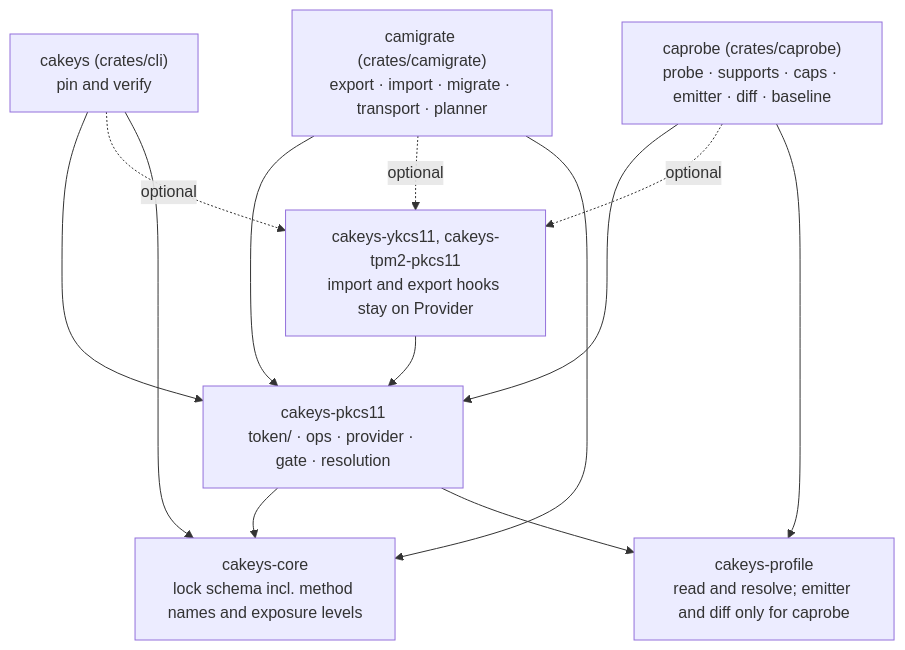
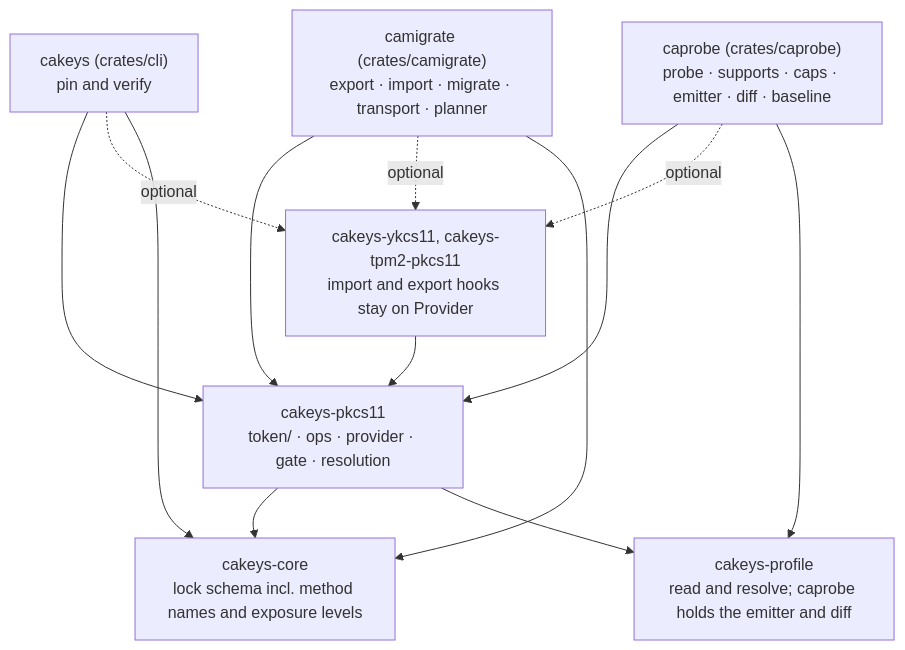
The second of 3 diagrams in docs/ARCHITECTURE.md (Princemachiavelli/cakeys), drawn with Mermaid before and after one commit. The commit also changed other lines of this file and 53 other files, not shown here.

````diff
--- a/docs/ARCHITECTURE.md
+++ b/docs/ARCHITECTURE.md
@@ -134,23 +136,23 @@
 ```mermaid
 flowchart TD
     CLI["cakeys (crates/cli)<br/>pin and verify"]
     PROBE["caprobe (crates/caprobe)<br/>probe · supports · caps · emitter · diff · baseline"]
     MIG["camigrate (crates/camigrate)<br/>export · import · migrate · transport · planner"]
     P11["cakeys-pkcs11<br/>token/ · ops · provider · gate · resolution"]
     PROVS["cakeys-ykcs11, cakeys-tpm2-pkcs11<br/>import and export hooks stay on Provider"]
     CORE["cakeys-core<br/>lock schema incl. method names and exposure levels"]
-    PROF["cakeys-profile<br/>read and resolve; emitter and diff only for caprobe"]
+    PROF["cakeys-profile<br/>read and resolve; caprobe holds the emitter and diff"]
 
     CLI --> P11
     PROBE --> P11
     MIG --> P11
     CLI -. optional .-> PROVS
     PROBE -. optional .-> PROVS
     MIG -. optional .-> PROVS
     PROVS --> P11
     PROBE --> PROF
     CLI --> CORE
     MIG --> CORE
     P11 --> CORE
     P11 --> PROF
 ```
````
